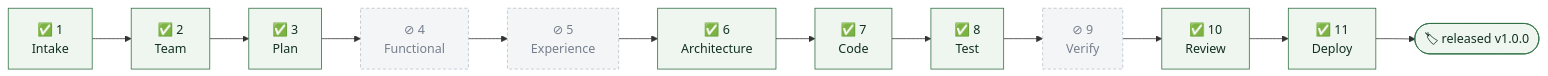
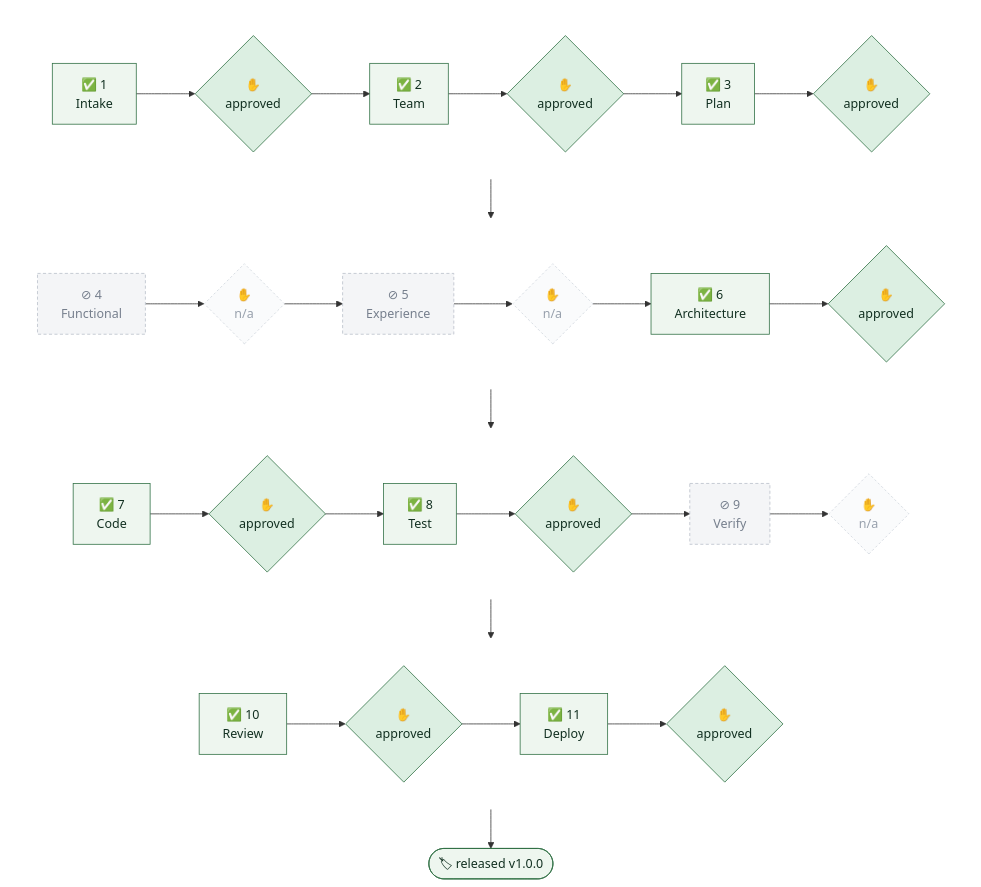
One commit to tandonakhil/AICluadeCode changed the second of 5 diagrams in admin/PORTFOLIO_STATUS.md. Above: the diagram before and after it, drawn with Mermaid. The commit also changed other lines of this file and 5 other files, not shown here.

First line of the commit message:
Graph: wrap at 7 boxes, human checkpoints as activated steps, mandatory control

````diff
--- a/admin/PORTFOLIO_STATUS.md
+++ b/admin/PORTFOLIO_STATUS.md
@@ -62,13 +89,40 @@
 ```mermaid
-flowchart LR
-  G1["✅ 1<br/>Intake"] --> G2["✅ 2<br/>Team"] --> G3["✅ 3<br/>Plan"]
-  G3 --> G4["⊘ 4<br/>Functional"] --> G5["⊘ 5<br/>Experience"]
-  G5 --> G6["✅ 6<br/>Architecture"] --> G7["✅ 7<br/>Code"] --> G8["✅ 8<br/>Test"]
-  G8 --> G9["⊘ 9<br/>Verify"] --> G10["✅ 10<br/>Review"] --> G11["✅ 11<br/>Deploy"]
-  G11 --> REL(["🏷 released v1.0.0"])
-
+flowchart TB
+  subgraph r1 [" "]
+    direction LR
+    G1["✅ 1<br/>Intake"] --> H1{"✋<br/>approved"} --> G2["✅ 2<br/>Team"] --> H2{"✋<br/>approved"} --> G3["✅ 3<br/>Plan"] --> H3{"✋<br/>approved"}
+  end
+  subgraph r2 [" "]
+    direction LR
+    G4["⊘ 4<br/>Functional"] --> H4{"✋<br/>n/a"} --> G5["⊘ 5<br/>Experience"] --> H5{"✋<br/>n/a"} --> G6["✅ 6<br/>Architecture"] --> H6{"✋<br/>approved"}
+  end
+  subgraph r3 [" "]
+    direction LR
+    G7["✅ 7<br/>Code"] --> H7{"✋<br/>approved"} --> G8["✅ 8<br/>Test"] --> H8{"✋<br/>approved"} --> G9["⊘ 9<br/>Verify"] --> H9{"✋<br/>n/a"}
+  end
+  subgraph r4 [" "]
+    direction LR
+    G10["✅ 10<br/>Review"] --> H10{"✋<br/>approved"} --> G11["✅ 11<br/>Deploy"] --> H11{"✋<br/>approved"}
+  end
+  H3 --> G4
+  H6 --> G7
+  H9 --> G10
+  H11 --> REL(["🏷 released v1.0.0"])
   classDef done    fill:#eef6ef,stroke:#2f6f43,color:#123021
+  classDef active  fill:#fff8e6,stroke:#8a6410,stroke-width:2px,color:#3d2c04
+  classDef looped  fill:#fdf0ec,stroke:#a3341f,stroke-width:2px,color:#3d1109
+  classDef warn    fill:#fff8e6,stroke:#8a6410,stroke-width:2px,color:#3d2c04
+  classDef pending fill:#f4f5f7,stroke:#b8bfc9,color:#767f8d
   classDef skipped fill:#f4f5f7,stroke:#b8bfc9,color:#767f8d,stroke-dasharray:4 3
+  classDef hdone   fill:#dcefe2,stroke:#2f6f43,color:#123021
+  classDef hwait   fill:#ffe9a8,stroke:#8a6410,stroke-width:4px,color:#3d2c04
+  classDef hpend   fill:#fafbfc,stroke:#cfd5dd,color:#98a1ad,stroke-dasharray:3 3
+  classDef hskip   fill:#fafbfc,stroke:#cfd5dd,color:#98a1ad,stroke-dasharray:3 3
+  classDef hnone   fill:#f8ded7,stroke:#a3341f,stroke-width:3px,color:#3d1109
+  classDef rowbox  fill:none,stroke:none
   class G1,G2,G3,G6,G7,G8,G10,G11,REL done
+  class H1,H2,H3,H6,H7,H8,H10,H11 hdone
   class G4,G5,G9 skipped
+  class H4,H5,H9 hskip
+  class r1,r2,r3,r4 rowbox
 ```
````
